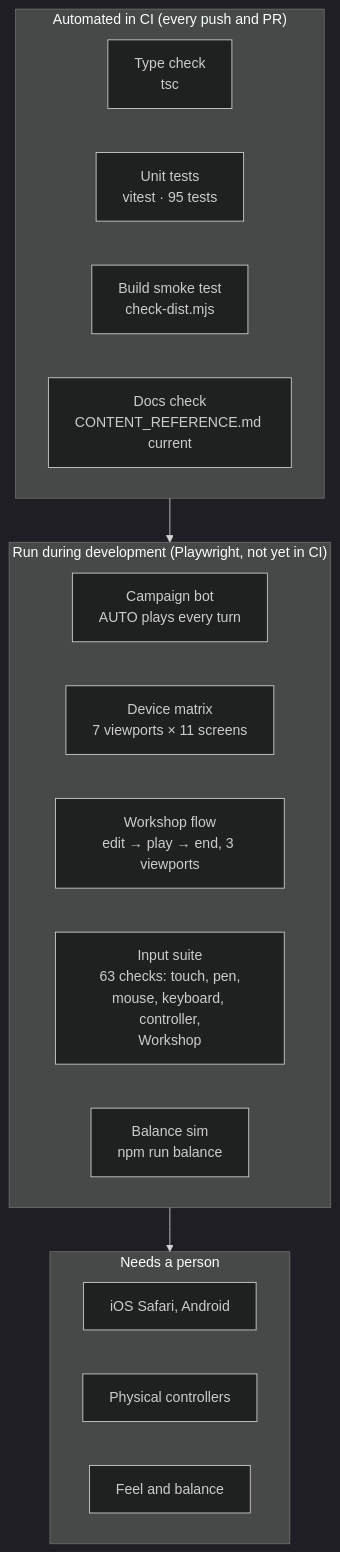
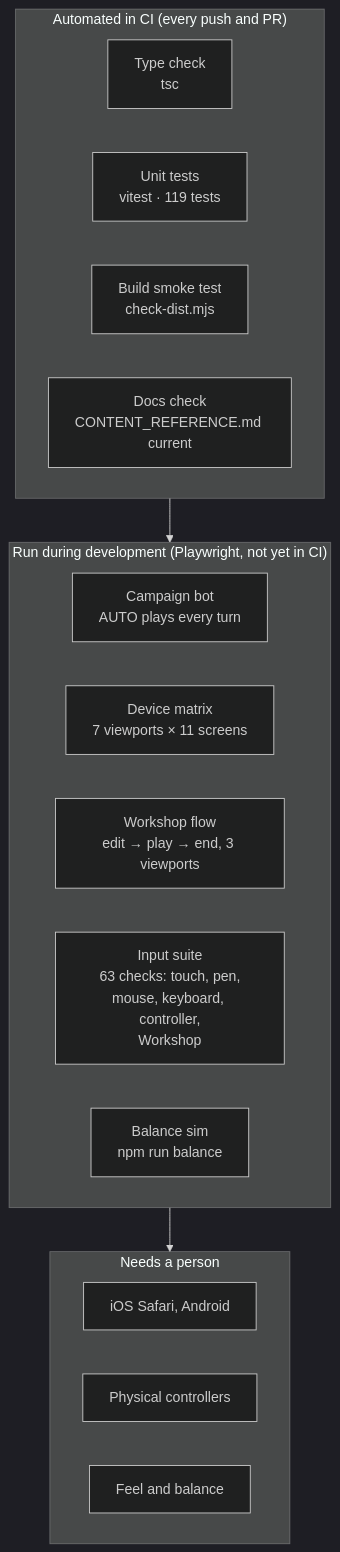
The diagram in docs/TESTING.md (CptNope/Chess-RPG-Tactics), drawn with Mermaid (dark theme) before and after one commit. The commit also changed other lines of this file and 43 other files, not shown here.

````diff
--- a/docs/TESTING.md
+++ b/docs/TESTING.md
@@ -9,22 +9,22 @@
 ```mermaid
 flowchart TB
     subgraph Auto["Automated in CI (every push and PR)"]
         T1["Type check<br/>tsc"]
-        T2["Unit tests<br/>vitest · 95 tests"]
+        T2["Unit tests<br/>vitest · 119 tests"]
         T3["Build smoke test<br/>check-dist.mjs"]
         T4["Docs check<br/>CONTENT_REFERENCE.md current"]
     end
     subgraph Dev["Run during development (Playwright, not yet in CI)"]
         P1["Campaign bot<br/>AUTO plays every turn"]
         P2["Device matrix<br/>7 viewports × 11 screens"]
         P4["Workshop flow<br/>edit → play → end, 3 viewports"]
         P3["Input suite<br/>63 checks: touch, pen,<br/>mouse, keyboard, controller,<br/>Workshop"]
         P5["Balance sim<br/>npm run balance"]
     end
     subgraph Human["Needs a person"]
         H1["iOS Safari, Android"]
         H2["Physical controllers"]
         H3["Feel and balance"]
     end
     Auto --> Dev --> Human
 ```
````
